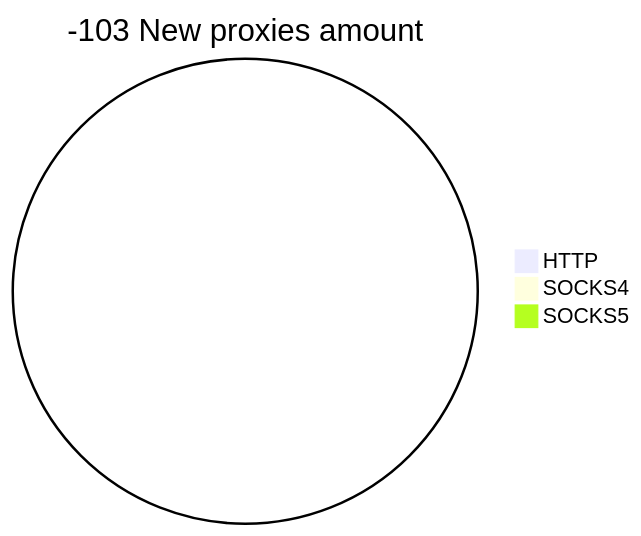
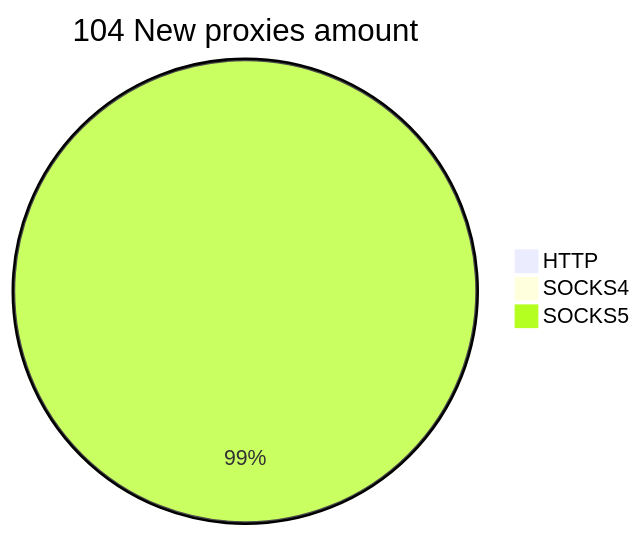
The second of 2 diagrams in README.md (cutipu/proxylist), drawn with Mermaid before and after one commit. The commit also changed other lines of this file, not shown here.

````diff
--- a/README.md
+++ b/README.md
@@ -10,6 +10,6 @@
 ```mermaid
-pie title -103 New proxies amount
+pie title 104 New proxies amount
     "HTTP" : 0
-    "SOCKS4" : 0
-    "SOCKS5" : 0
+    "SOCKS4" : 1
+    "SOCKS5" : 103
 ```
````
